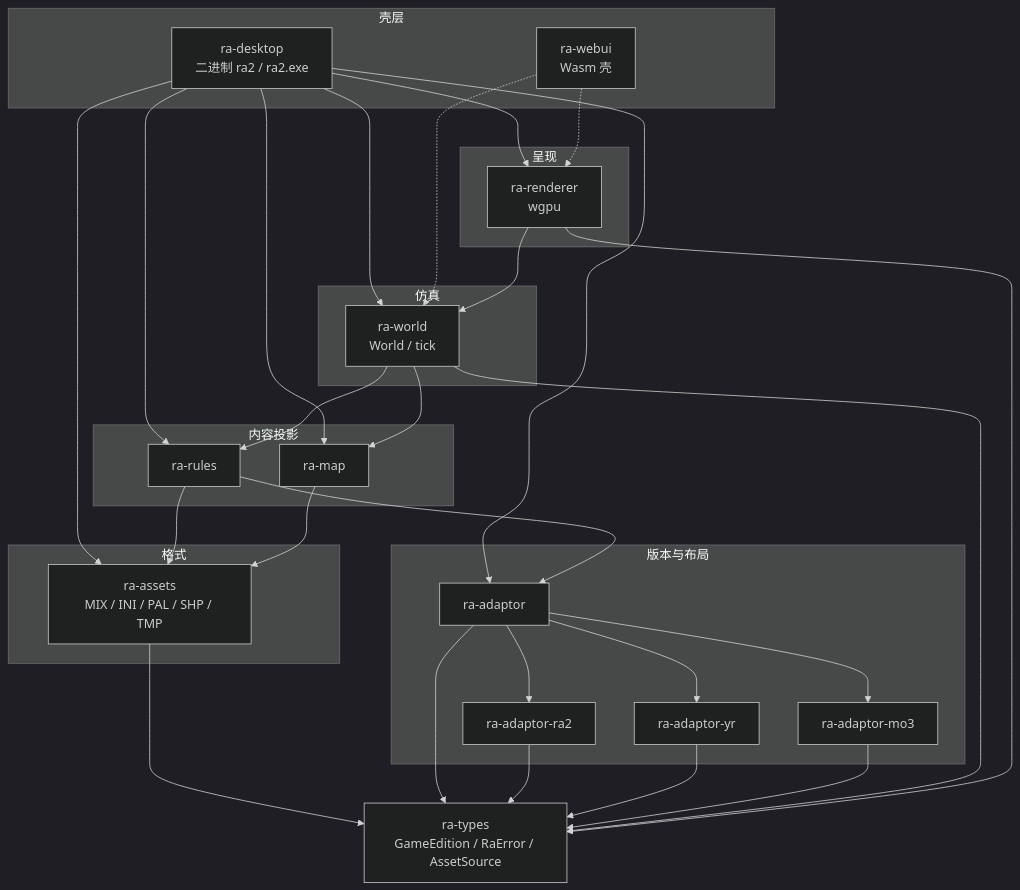
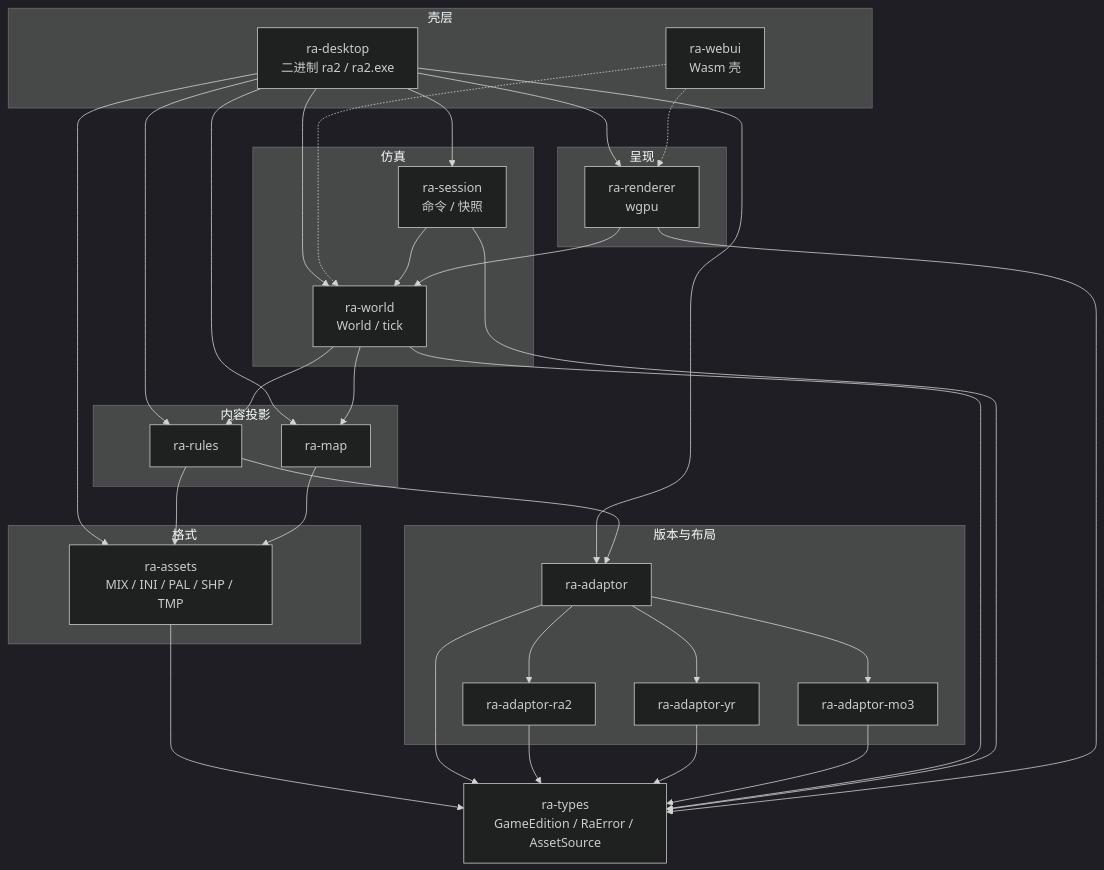
Before and after one commit to rust-alert/ra2.exe: the first of 3 diagrams in readme.md, drawn with Mermaid (dark theme). The commit also changed other lines of this file, not shown here.

First line of the commit message:
📝 Document `ra-session` in workspace architecture diagrams

````diff
--- a/readme.md
+++ b/readme.md
@@ -17,57 +17,61 @@
 ```mermaid
 flowchart TB
     subgraph shells["壳层"]
         desktop["ra-desktop<br/>二进制 ra2 / ra2.exe"]
         webui["ra-webui<br/>Wasm 壳"]
     end
 
     subgraph present["呈现"]
         renderer["ra-renderer<br/>wgpu"]
     end
 
     subgraph sim["仿真"]
         world["ra-world<br/>World / tick"]
+        session["ra-session<br/>命令 / 快照"]
     end
 
     subgraph content["内容投影"]
         rules["ra-rules"]
         map["ra-map"]
     end
 
     subgraph formats["格式"]
         assets["ra-assets<br/>MIX / INI / PAL / SHP / TMP"]
     end
 
     subgraph adapt["版本与布局"]
         adaptor["ra-adaptor"]
         ra2tbl["ra-adaptor-ra2"]
         yrtbl["ra-adaptor-yr"]
         mo3["ra-adaptor-mo3"]
     end
 
     types["ra-types<br/>GameEdition / RaError / AssetSource"]
     desktop --> renderer
+    desktop --> session
     desktop --> world
     desktop --> rules
     desktop --> map
     desktop --> assets
     desktop --> adaptor
     webui -.-> renderer
     webui -.-> world
+    session --> world
     renderer --> world
     world --> rules
     world --> map
     rules --> adaptor
     rules --> assets
     map --> assets
     adaptor --> ra2tbl
     adaptor --> yrtbl
     adaptor --> mo3
     assets --> types
     adaptor --> types
     ra2tbl --> types
     yrtbl --> types
     mo3 --> types
     world --> types
+    session --> types
     renderer --> types
 ```
````
